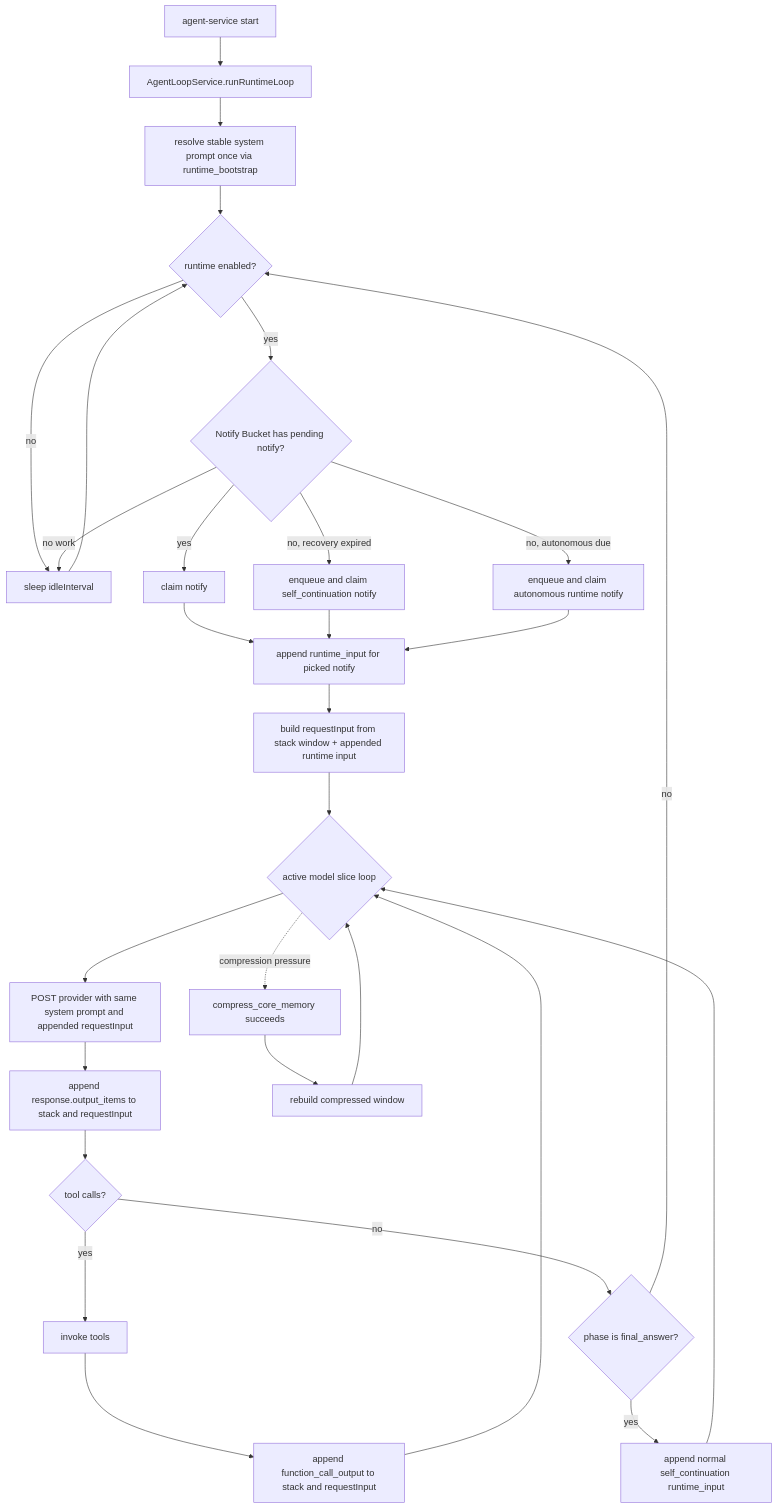
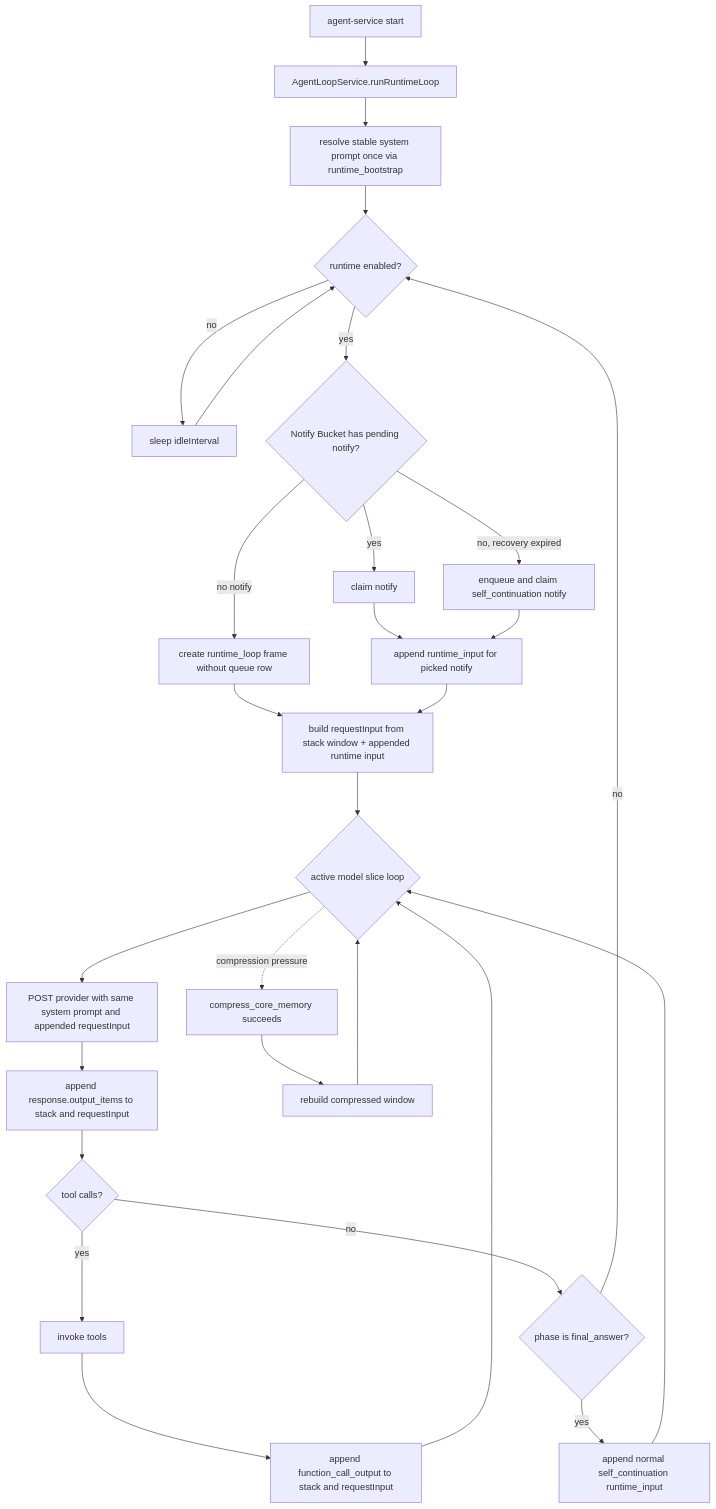
The diagram in docs/XIAONI_AGENT_STACK_LEDGER.md (Hei-AI/xiaoni_cc), drawn with Mermaid before and after one commit. The commit also changed other lines of this file and 11 other files, not shown here.

````diff
--- a/docs/XIAONI_AGENT_STACK_LEDGER.md
+++ b/docs/XIAONI_AGENT_STACK_LEDGER.md
@@ -34,31 +35,30 @@
 ```mermaid
 flowchart TD
   A[agent-service start] --> B[AgentLoopService.runRuntimeLoop]
   B --> C[resolve stable system prompt once via runtime_bootstrap]
   C --> D{runtime enabled?}
   D -- no --> E[sleep idleInterval]
   E --> D
   D -- yes --> F{Notify Bucket has pending notify?}
   F -- yes --> G[claim notify]
   F -- no, recovery expired --> H[enqueue and claim self_continuation notify]
-  F -- no, autonomous due --> I[enqueue and claim autonomous runtime notify]
-  F -- no work --> E
+  F -- no notify --> I[create runtime_loop frame without queue row]
   G --> J[append runtime_input for picked notify]
   H --> J
-  I --> J
+  I --> K
   J --> K[build requestInput from stack window + appended runtime input]
   K --> L{active model slice loop}
   L --> M[POST provider with same system prompt and appended requestInput]
   M --> N[append response.output_items to stack and requestInput]
   N --> O{tool calls?}
   O -- yes --> P[invoke tools]
   P --> Q[append function_call_output to stack and requestInput]
   Q --> L
   O -- no --> R{phase is final_answer?}
   R -- yes --> S[append normal self_continuation runtime_input]
   S --> L
   R -- no --> D
   L -. compression pressure .-> T[compress_core_memory succeeds]
   T --> U[rebuild compressed window]
   U --> L
 ```
````
